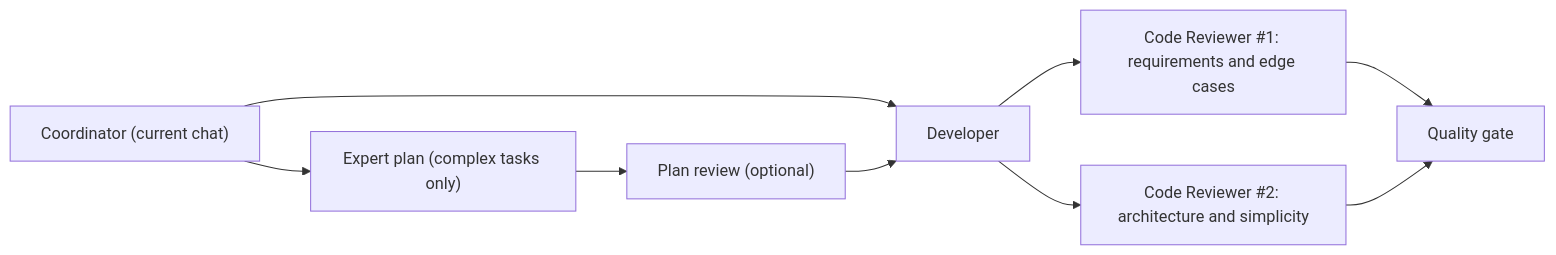
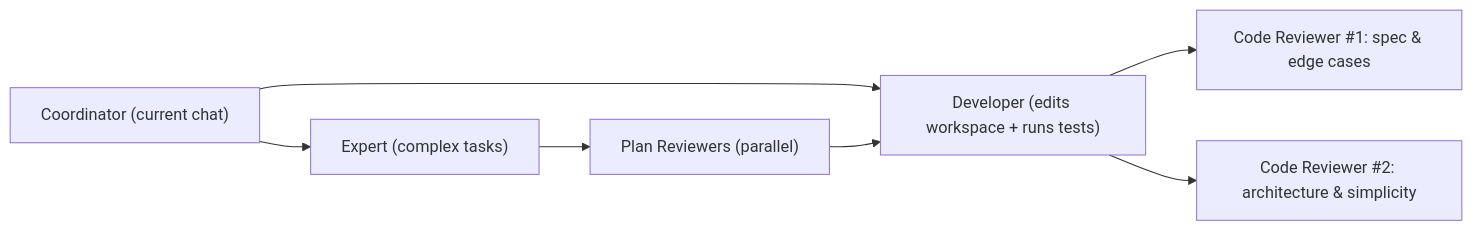
Before and after one commit to OliverWalker1122/paseo-team: the diagram in README.md, drawn with Mermaid. The commit also changed other lines of this file and 29 other files, not shown here.

````diff
--- a/README.md
+++ b/README.md
@@ -90,11 +86,9 @@
 ```mermaid
 flowchart LR
-  C["Coordinator (current chat)"] --> E["Expert plan (complex tasks only)"]
-  E --> P["Plan review (optional)"]
-  C --> D["Developer"]
+  C["Coordinator (current chat)"] --> E["Expert (complex tasks)"]
+  E --> P["Plan Reviewers (parallel)"]
+  C --> D["Developer (edits workspace + runs tests)"]
   P --> D
-  D --> R1["Code Reviewer #1: requirements and edge cases"]
-  D --> R2["Code Reviewer #2: architecture and simplicity"]
-  R1 --> G["Quality gate"]
-  R2 --> G
+  D --> R1["Code Reviewer #1: spec & edge cases"]
+  D --> R2["Code Reviewer #2: architecture & simplicity"]
 ```
````
